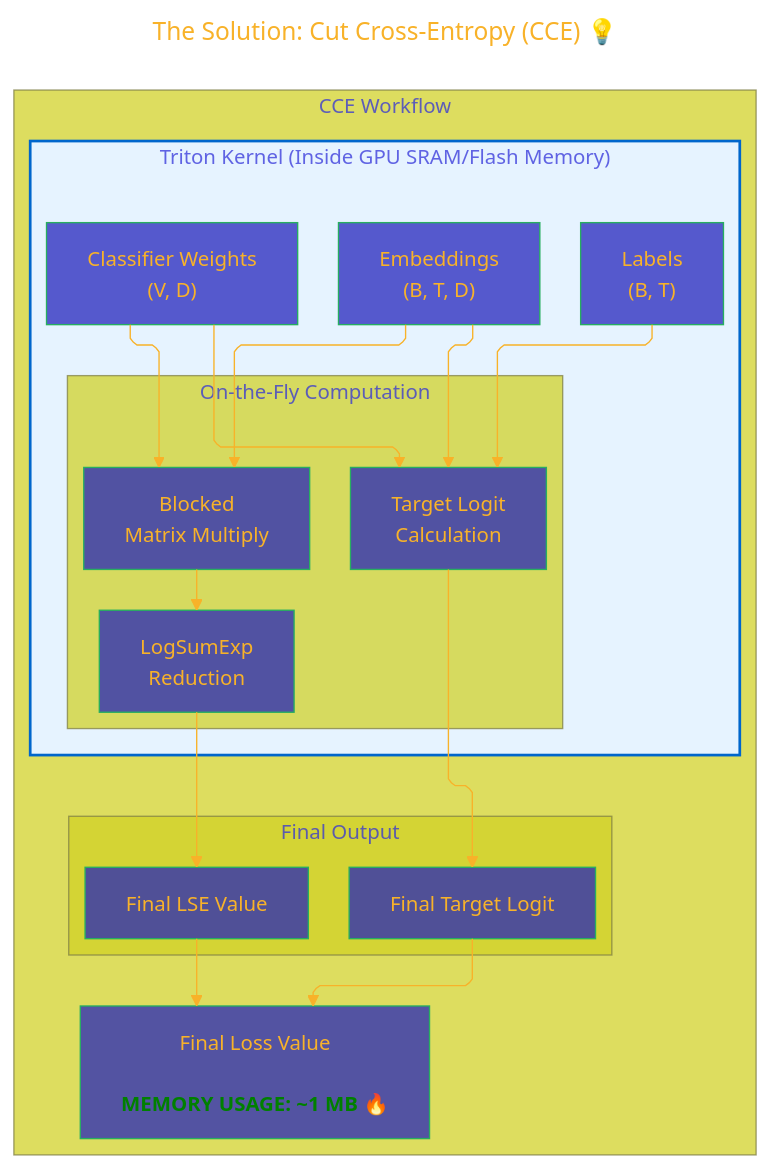
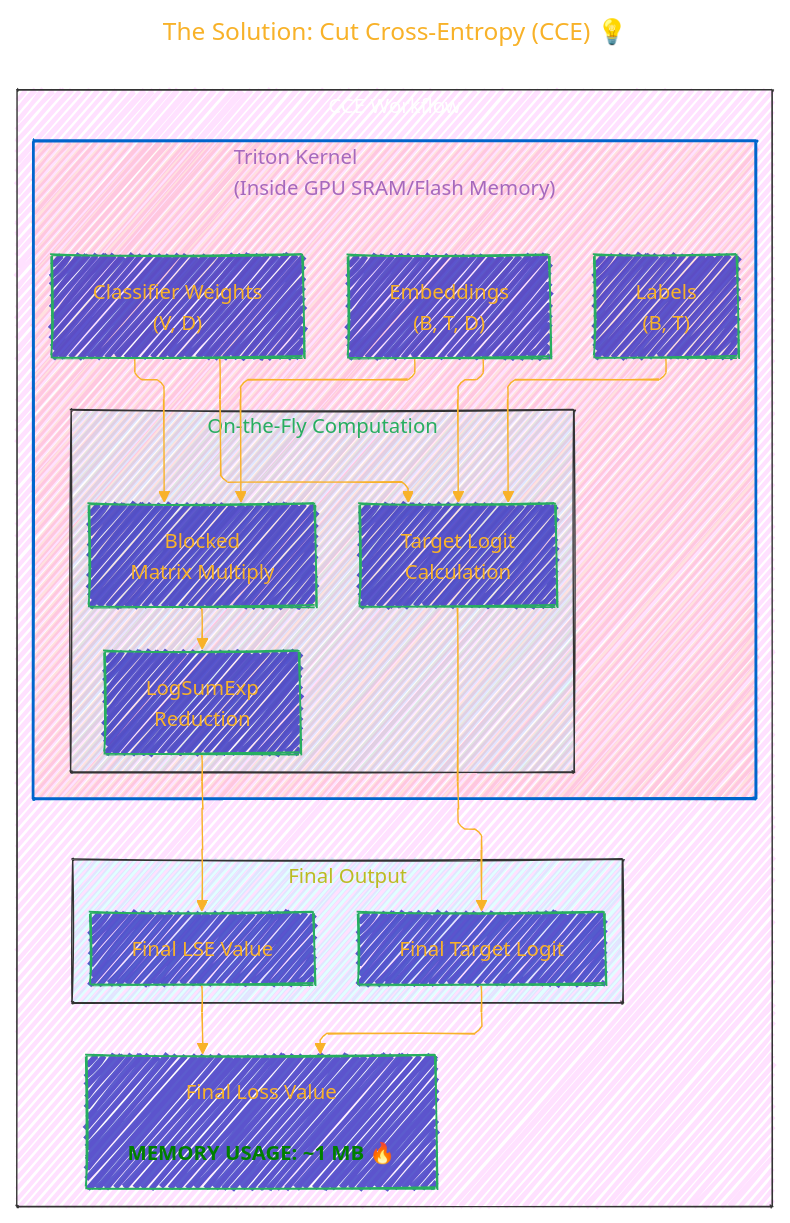
The second of 6 diagrams in APPLE/APPLE_REPO_PROJECTS/ml-cross-entropy/ml-cross-entropy_README_at_main.md (CongLeSolutionX/ArchExplorer), drawn with Mermaid before and after one commit. The commit also changed other lines of this file, not shown here.

````diff
--- a/APPLE/APPLE_REPO_PROJECTS/ml-cross-entropy/ml-cross-entropy_README_at_main.md
+++ b/APPLE/APPLE_REPO_PROJECTS/ml-cross-entropy/ml-cross-entropy_README_at_main.md
@@ -118,71 +118,74 @@
 ```mermaid
 ---
 title: "The Solution: Cut Cross-Entropy (CCE) 💡"
 author: "Cong Le"
 version: "1.0"
 license(s): "MIT, CC BY-SA 4.0"
 copyright: "Copyright © 2025 Cong Le. All Rights Reserved."
 config:
   layout: elk
   theme: base
+  look: handDrawn
 ---
 %%%%%%%% Mermaid version v11.4.1-b.14
 %%%%%%%% Available curve styles include the following keywords:
 %% basis, bumpX, bumpY, cardinal, catmullRom, linear, monotoneX, monotoneY, natural, step, stepAfter, stepBefore.
 %%{
   init: {
     'securityLevel': 'loose',
     'flowchart': { 'htmlLabels': true, 'curve': 'linear' },
     'fontFamily': 'Comic Sans MS, cursive, sans-serif',
     'themeVariables': {
       'primaryColor': '#22BB',
       'primaryTextColor': '#F8B229',
       'lineColor': '#F8B229',
       'primaryBorderColor': '#27AE60',
       'secondaryColor': '#EBDEF0',
       'secondaryTextColor': '#6C3483',
       'secondaryBorderColor': '#A569BD',
       'fontSize': '15px'
     }
   }
 }%%
 flowchart TD
-    subgraph CCE Workflow
+    subgraph CCE_Workflow["CCE Workflow"]
+    style CCE_Workflow fill:#F2F2,stroke:#333,stroke-width:1px, color: #FFFF
     direction LR
-
-        subgraph Triton_Kernel["Triton Kernel (Inside GPU SRAM/Flash Memory)"]
-        style Triton_Kernel fill:#e6f3ff,stroke:#0066cc,stroke-width:2px;
+        subgraph Triton_Kernel["Triton Kernel<br/>(Inside GPU SRAM/Flash Memory)"]
+        style Triton_Kernel fill:#F212,stroke:#0066cc,stroke-width:2px,color: #A569BD
             A["Embeddings<br>(B, T, D)"]
             W["Classifier Weights<br>(V, D)"]
             D_Labels["Labels<br>(B, T)"]
 
             subgraph On_the_Fly_Computation["On-the-Fly Computation"]
+            style On_the_Fly_Computation fill:#2FF2,stroke:#333,stroke-width:1px, color: #27AE60
             direction TB
                 C_MM["Blocked<br>Matrix Multiply"]
                 C_LSE["LogSumExp<br>Reduction"]
                 C_TARGET["Target Logit<br>Calculation"]
             end
 
             A --> C_MM
             W --> C_MM
 
             C_MM --> C_LSE
             A --> C_TARGET
             W --> C_TARGET
             D_Labels --> C_TARGET
         end
 
         subgraph Final_Output["Final Output"]
+        style Final_Output fill:#2FF2,stroke:#333,stroke-width:1px, color: #BB2
         direction TB
             K_LSE["Final LSE Value"]
             K_TARGET["Final Target Logit"]
         end
 
 
         C_LSE --> K_LSE
         C_TARGET --> K_TARGET
 
         K_TARGET --> F["Final Loss Value<br><br><b style='color:green;'>MEMORY USAGE: ~1 MB 🔥</b>"]
         K_LSE --> F
     end
 ```
````
